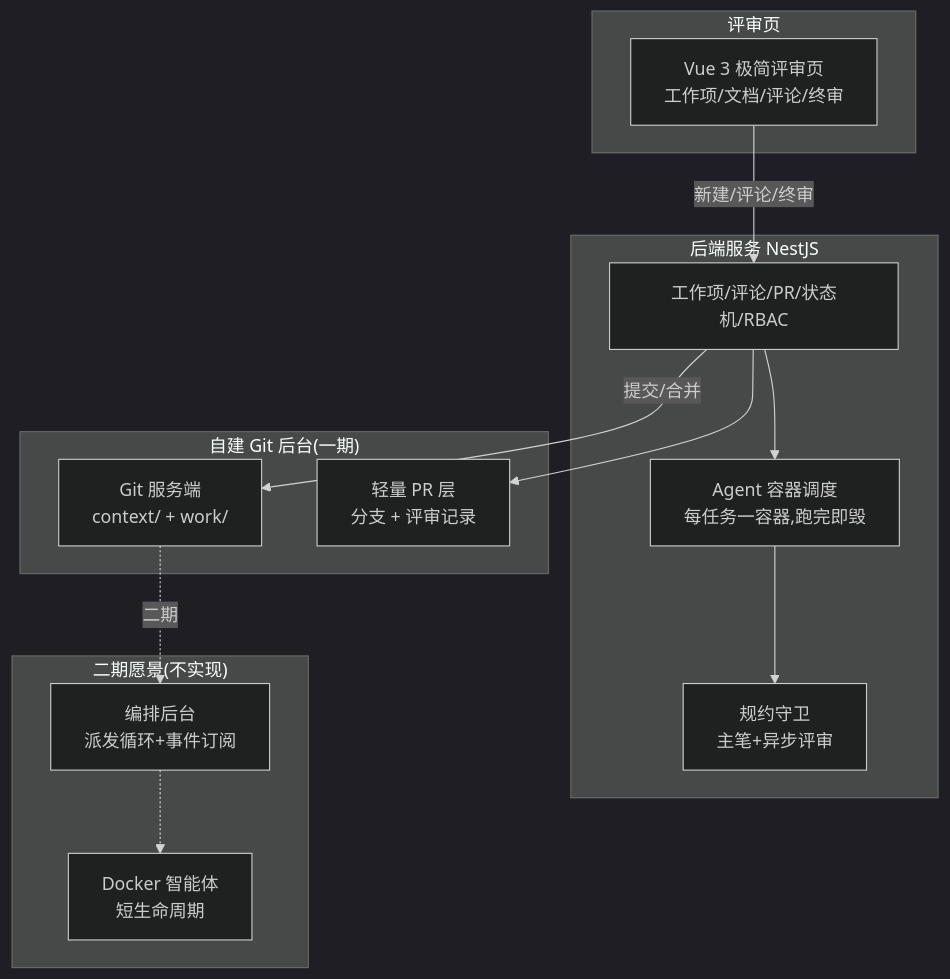
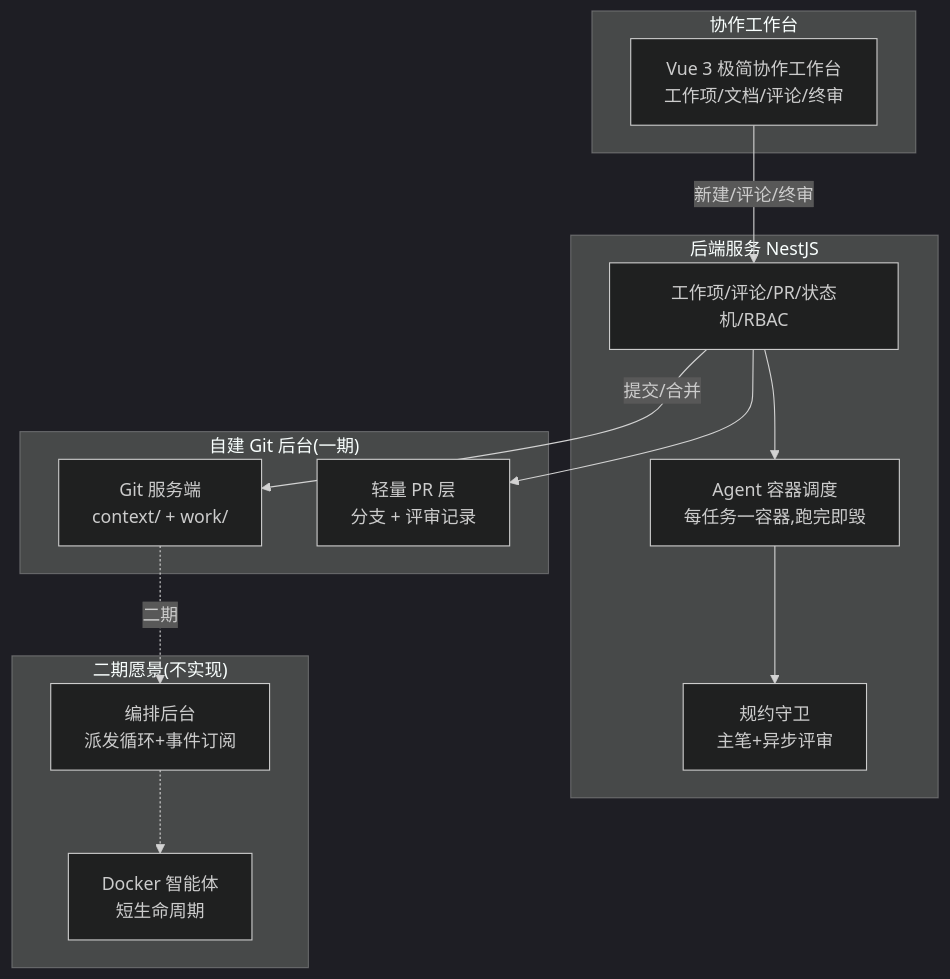
Before and after one commit to wonglaitung/opencode: the third of 6 diagrams in COLLECTIVE.md, drawn with Mermaid (dark theme). The commit also changed other lines of this file, not shown here.

````diff
--- a/COLLECTIVE.md
+++ b/COLLECTIVE.md
@@ -271,26 +271,26 @@
 ```mermaid
 flowchart TB
-    subgraph 评审页
-        UI[Vue 3 极简评审页<br/>工作项/文档/评论/终审]
+    subgraph 协作工作台
+        UI[Vue 3 极简协作工作台<br/>工作项/文档/评论/终审]
     end
     subgraph 后端[后端服务 NestJS]
         BE[工作项/评论/PR/状态机/RBAC]
         Exec[Agent 容器调度<br/>每任务一容器,跑完即毁]
         AI[规约守卫<br/>主笔+异步评审]
     end
     subgraph Git后台["自建 Git 后台(一期)"]
         GS[Git 服务端<br/>context/ + work/]
         PR[轻量 PR 层<br/>分支 + 评审记录]
     end
     subgraph 二期愿景["二期愿景(不实现)"]
         Orch[编排后台<br/>派发循环+事件订阅]
         DockerAgent[Docker 智能体<br/>短生命周期]
     end
     UI -->|新建/评论/终审| BE
     BE --> Exec
     Exec --> AI
     BE -->|提交/合并| GS
     BE --> PR
     GS -.->|二期| Orch
     Orch -.-> DockerAgent
 ```
````
